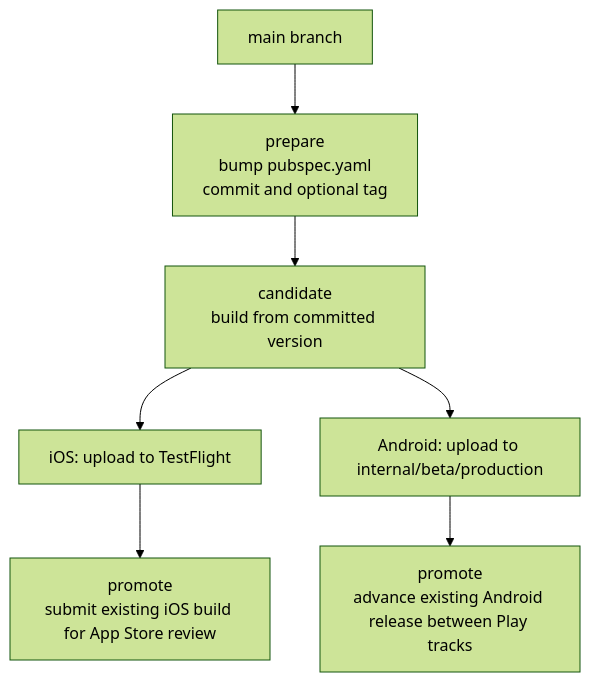
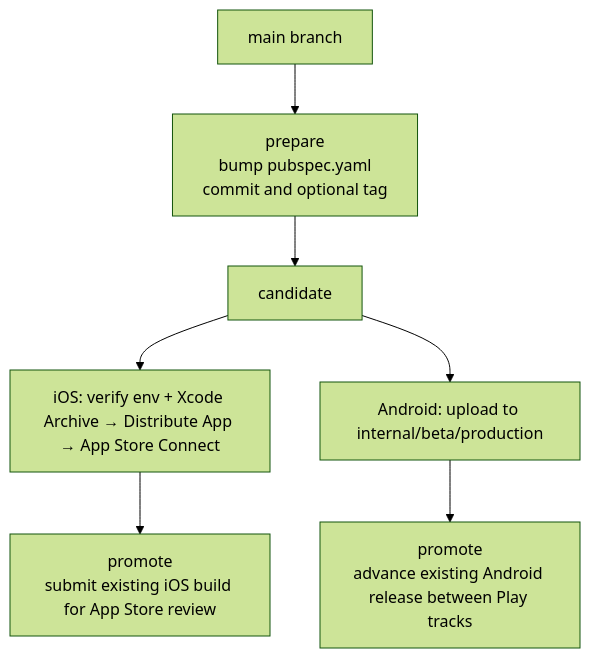
One commit to chid9202/moustra-mobile changed the diagram in DEPLOYMENT.md. Above: the diagram before and after it, drawn with Mermaid (forest theme). The commit also changed other lines of this file and 6 other files, not shown here.

````diff
--- a/DEPLOYMENT.md
+++ b/DEPLOYMENT.md
@@ -24,9 +23,9 @@
 ```mermaid
 flowchart TD
     A["main branch"] --> B["prepare<br/>bump pubspec.yaml<br/>commit and optional tag"]
-    B --> C["candidate<br/>build from committed version"]
-    C --> D["iOS: upload to TestFlight"]
+    B --> C["candidate"]
+    C --> D["iOS: verify env + Xcode Archive → Distribute App → App Store Connect"]
     C --> E["Android: upload to internal/beta/production"]
     D --> F["promote<br/>submit existing iOS build for App Store review"]
     E --> G["promote<br/>advance existing Android release between Play tracks"]
 ```
````
